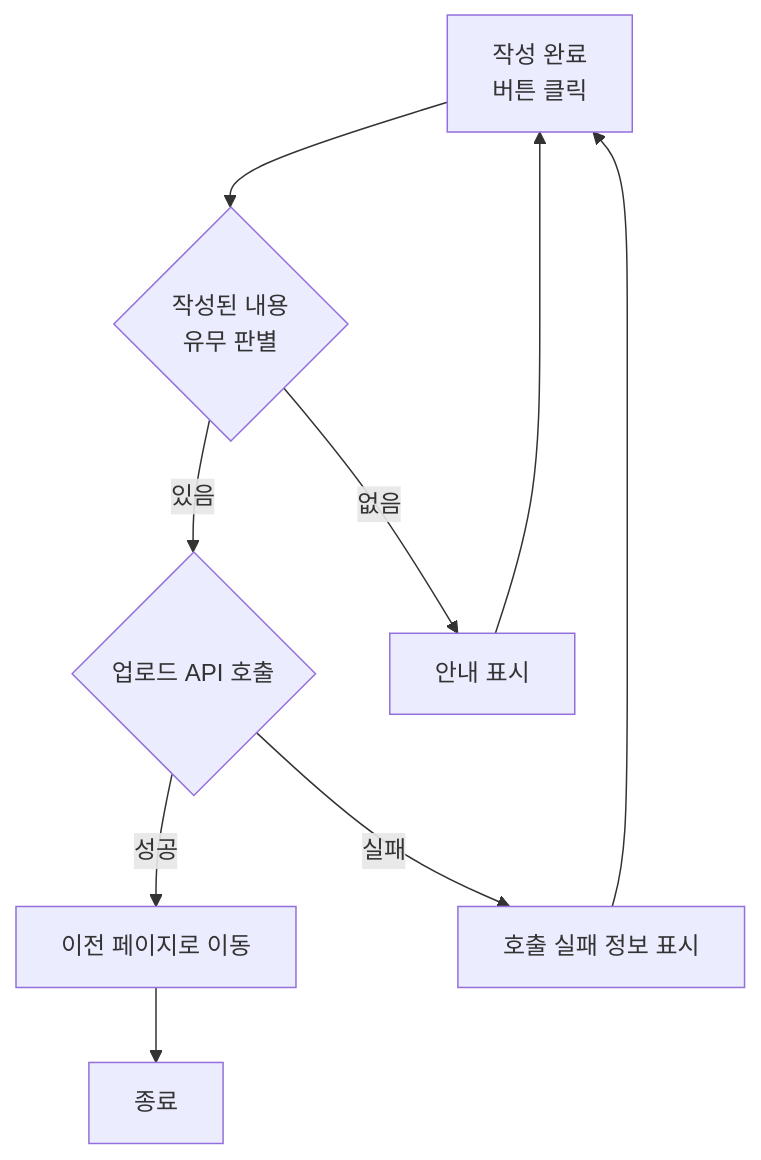
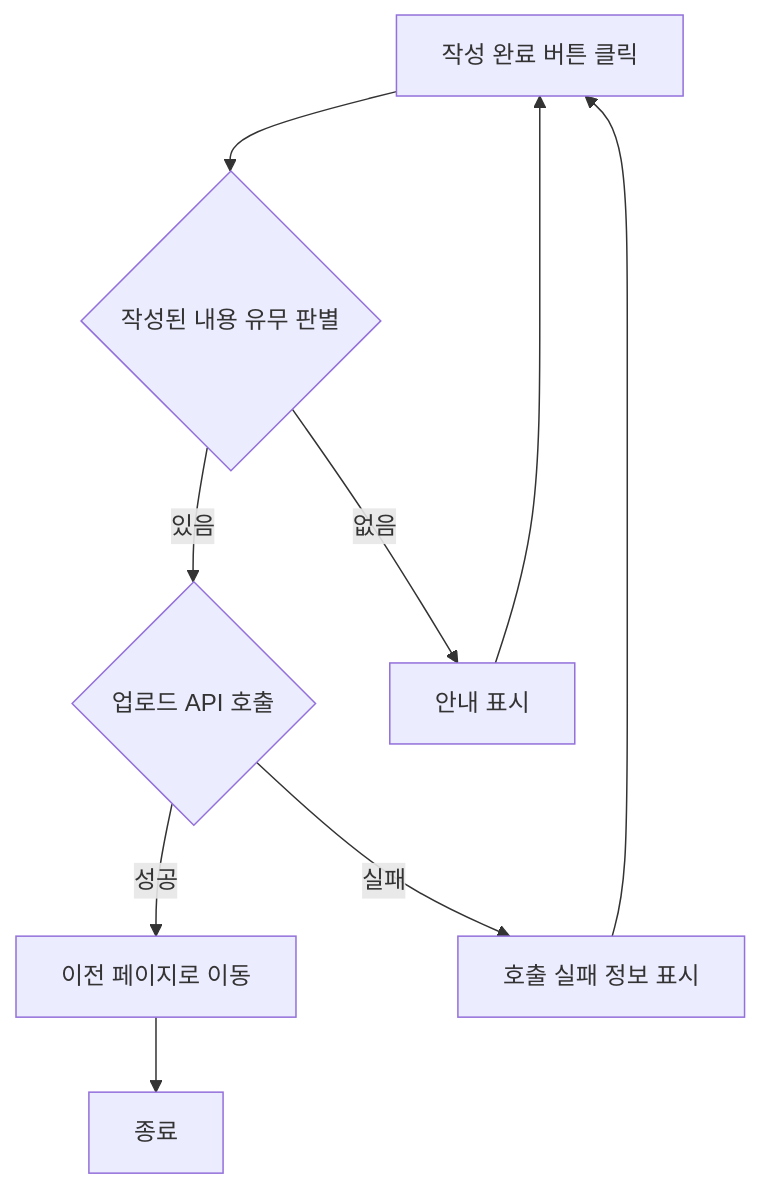
The fourth of 11 diagrams in design/기능정의서.md (Dev-FE-2/3_swim_diary), drawn with Mermaid before and after one commit. The commit also changed other lines of this file, not shown here.

````diff
--- a/design/기능정의서.md
+++ b/design/기능정의서.md
@@ -71,10 +65,10 @@
 ```mermaid
 flowchart TD
-F[작성 완료\n버튼 클릭]
+F[작성 완료 버튼 클릭]
 G[종료]
-F --> F1{작성된 내용\n유무 판별}
+F --> F1{작성된 내용 유무 판별}
 F1 -- 있음 --> F3{업로드 API 호출}
 F3 -- 성공 --> F5[이전 페이지로 이동] --> G
 F3 -- 실패 --> F4[호출 실패 정보 표시] --> F
 F1 -- 없음 --> F2[안내 표시] --> F
 ```
````
